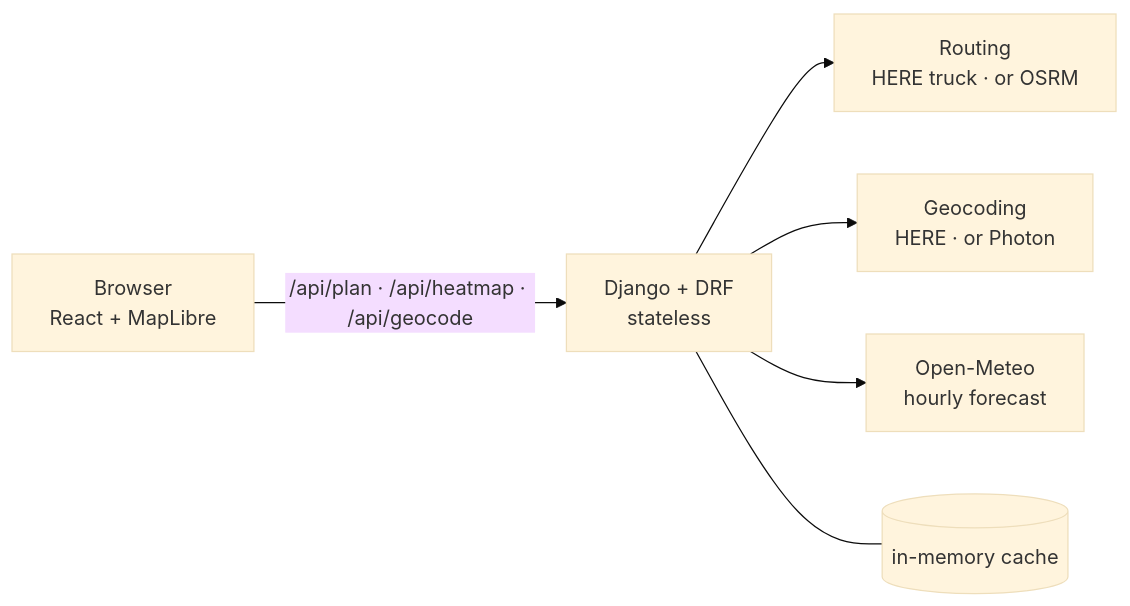
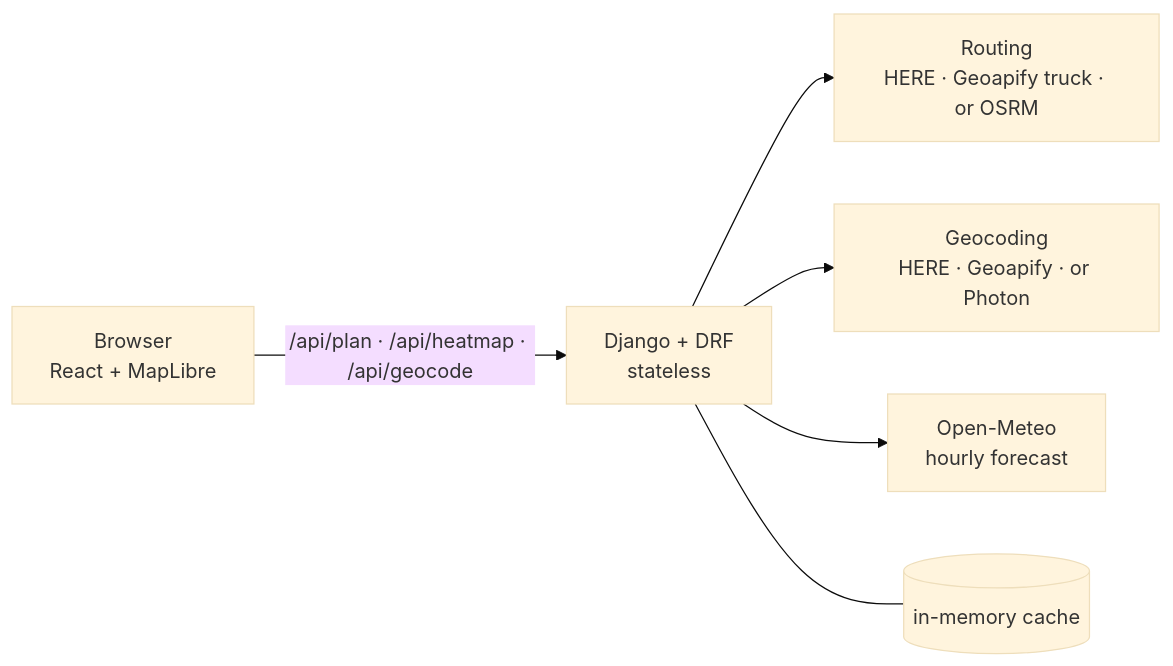
Before and after one commit to saadabrar1/Weather-Aware-Truck-Routing-: the diagram in README.md, drawn with Mermaid (base theme). The commit also changed other lines of this file and 2 other files, not shown here.

First line of the commit message:
docs: README and landing footer reflect Geoapify truck routing

````diff
--- a/README.md
+++ b/README.md
@@ -56,8 +58,8 @@
 ```mermaid
 flowchart LR
   U[Browser<br/>React + MapLibre] -- /api/plan · /api/heatmap · /api/geocode --> D[Django + DRF<br/>stateless]
-  D --> R[Routing<br/>HERE truck · or OSRM]
-  D --> G[Geocoding<br/>HERE · or Photon]
+  D --> R[Routing<br/>HERE · Geoapify truck · or OSRM]
+  D --> G[Geocoding<br/>HERE · Geoapify · or Photon]
   D --> W[Open-Meteo<br/>hourly forecast]
   D --- C[(in-memory cache)]
 ```
````
